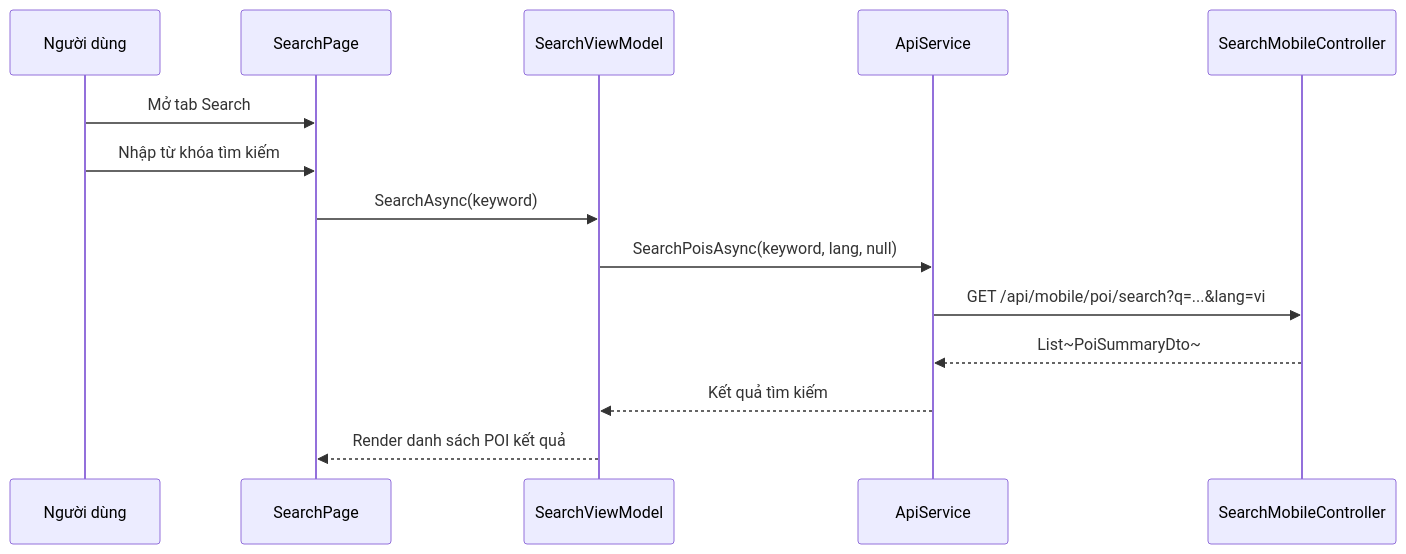
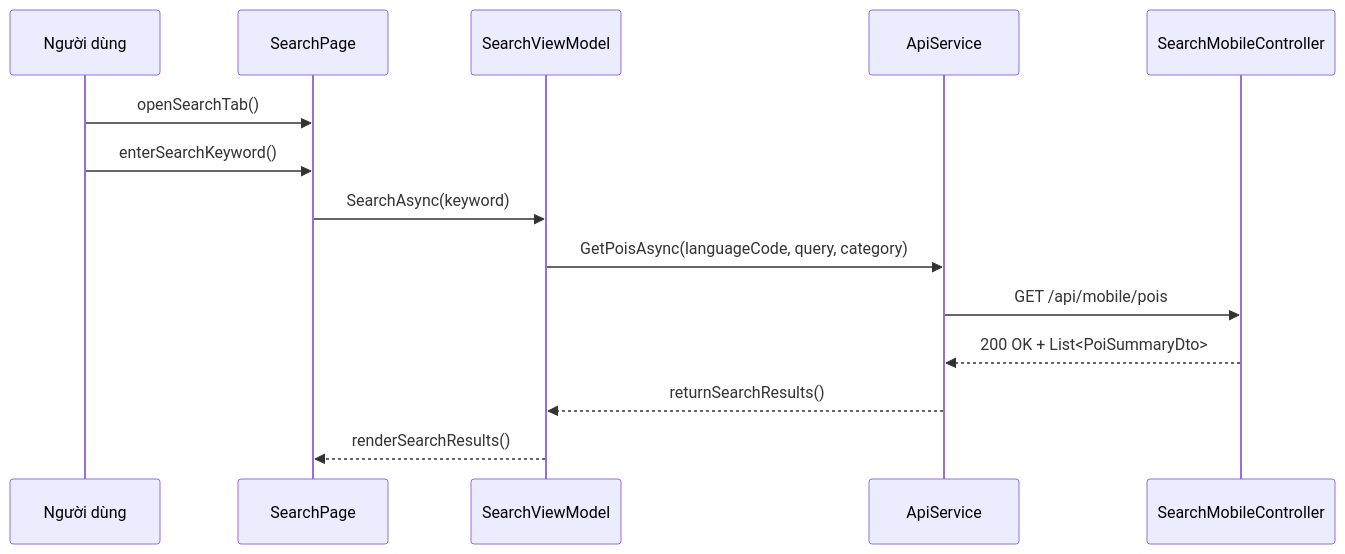
One commit to quynhtien1977/AudioGo changed diagram 11 of 58 in PRD.md. Above: the diagram before and after it, drawn with Mermaid. The commit also changed other lines of this file and 2 other files, not shown here.

````diff
--- a/PRD.md
+++ b/PRD.md
@@ -981,17 +1015,17 @@
 ```mermaid
 sequenceDiagram
     participant MobileUser as Người dùng
     participant SearchPage
     participant SearchVM as SearchViewModel
     participant API as ApiService
     participant Backend as SearchMobileController
 
-    MobileUser ->> SearchPage: Mở tab Search
-    MobileUser ->> SearchPage: Nhập từ khóa tìm kiếm
+    MobileUser ->> SearchPage: openSearchTab()
+    MobileUser ->> SearchPage: enterSearchKeyword()
     SearchPage ->> SearchVM: SearchAsync(keyword)
-    SearchVM ->> API: SearchPoisAsync(keyword, lang, null)
-    API ->> Backend: GET /api/mobile/poi/search?q=...&lang=vi
-    Backend -->> API: List~PoiSummaryDto~
-    API -->> SearchVM: Kết quả tìm kiếm
-    SearchVM -->> SearchPage: Render danh sách POI kết quả
+    SearchVM ->> API: GetPoisAsync(languageCode, query, category)
+    API ->> Backend: GET /api/mobile/pois
+    Backend -->> API: 200 OK + List<PoiSummaryDto>
+    API -->> SearchVM: returnSearchResults()
+    SearchVM -->> SearchPage: renderSearchResults()
 ```
````
